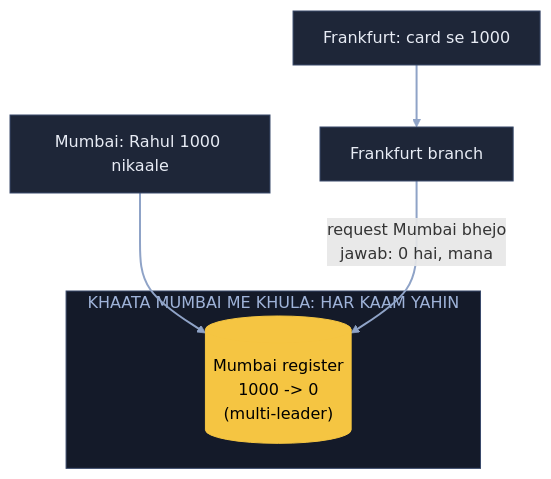
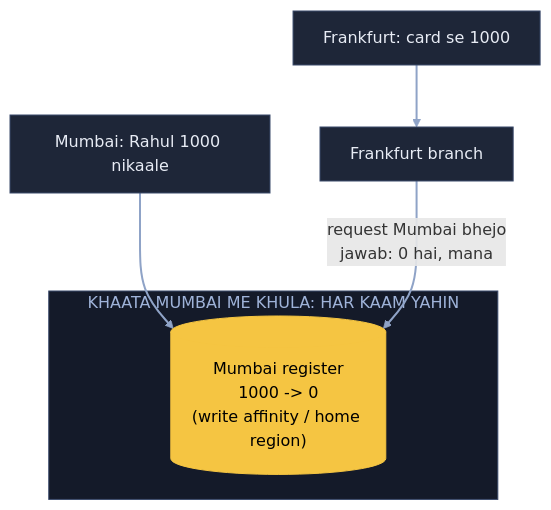
Diagram 21 of 22 in 04_HLD/SYSTEM_DESIGNS/13_banking_system/13_banking_system.md (ArpanMaheshwari144/Prep), drawn with Mermaid before and after one commit.

Commit message:
Banking kadam 21 diagram: Mumbai register = write affinity / home region (multi-leader nahi, wo dikkat thi)

````diff
--- a/04_HLD/SYSTEM_DESIGNS/13_banking_system/13_banking_system.md
+++ b/04_HLD/SYSTEM_DESIGNS/13_banking_system/13_banking_system.md
@@ -768,16 +768,16 @@
 ```mermaid
 flowchart TB
     R1["Mumbai: Rahul 1000 nikaale"]:::card
     R2["Frankfurt: card se 1000"]:::card
     F["Frankfurt branch"]:::card
     subgraph HR["KHAATA MUMBAI ME KHULA: HAR KAAM YAHIN"]
-        M[("Mumbai register<br/>1000 -> 0<br/>(multi-leader)")]:::pill
+        M[("Mumbai register<br/>1000 -> 0<br/>(write affinity / home region)")]:::pill
     end
     R1 --> M
     R2 --> F
     F -- "request Mumbai bhejo<br/>jawab: 0 hai, mana" --> M
     linkStyle default stroke:#8fa3c7,stroke-width:2px
     classDef card fill:#1e2638,stroke:#3a4a6b,color:#e8ecf5
     classDef pill fill:#f5c542,stroke:#f5c542,color:#000
     style HR fill:#141a29,stroke:#3a4a6b,color:#9fb3d9
 ```
````
